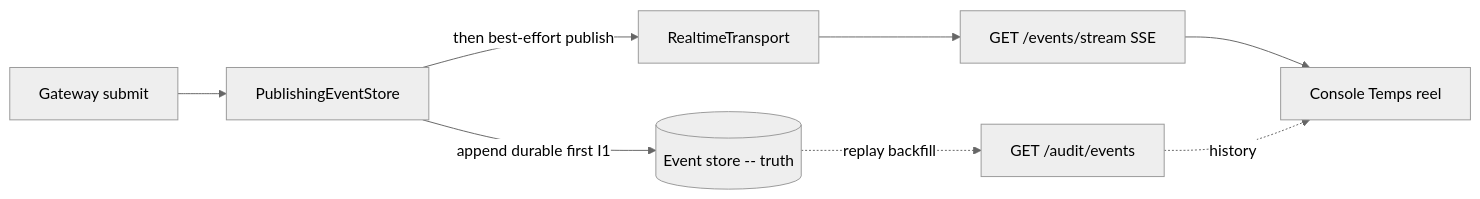
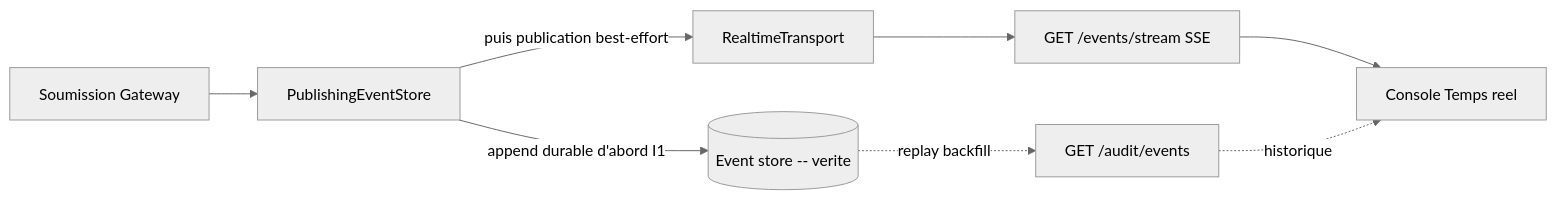
The first of 2 diagrams in docs/runbooks/realtime-transport.md (mo0ogly/recette_IA_agents), drawn with Mermaid (neutral theme) before and after one commit. The commit also changed other lines of this file and 25 other files, not shown here.

````diff
--- a/docs/runbooks/realtime-transport.md
+++ b/docs/runbooks/realtime-transport.md
@@ -33,10 +33,10 @@
 ```mermaid
 flowchart LR
-  GW[Gateway submit] --> PS[PublishingEventStore]
-  PS -->|append durable first I1| ES[(Event store -- truth)]
-  PS -->|then best-effort publish| RT[RealtimeTransport]
+  GW[Soumission Gateway] --> PS[PublishingEventStore]
+  PS -->|"append durable d'abord I1"| ES[(Event store -- verite)]
+  PS -->|"puis publication best-effort"| RT[RealtimeTransport]
   RT --> SSE[GET /events/stream SSE]
   SSE --> UI[Console Temps reel]
   ES -.replay backfill.-> AUD[GET /audit/events]
-  AUD -.history.-> UI
+  AUD -.historique.-> UI
 ```
````
